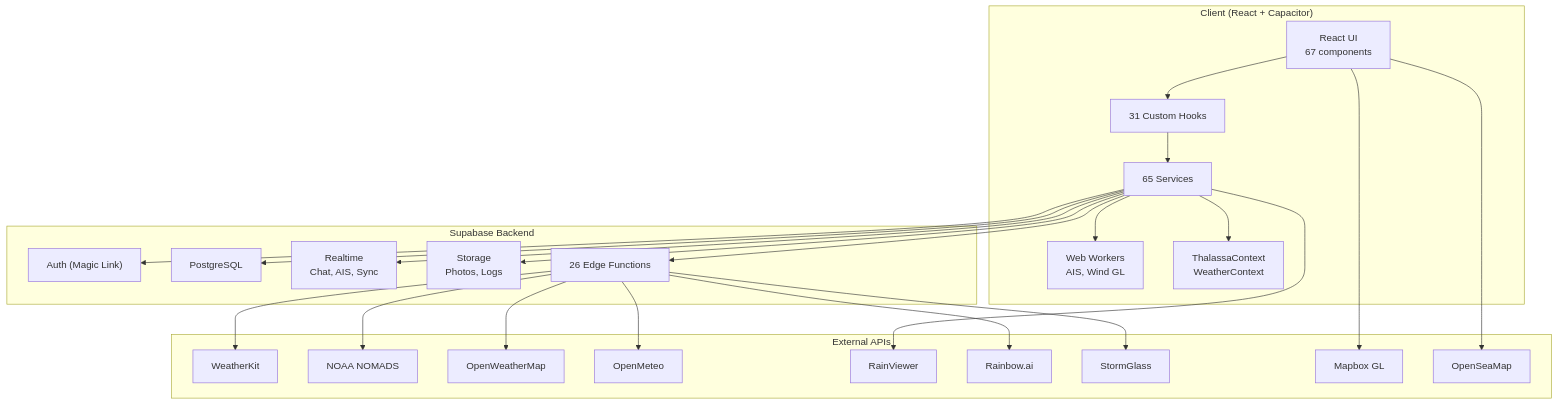
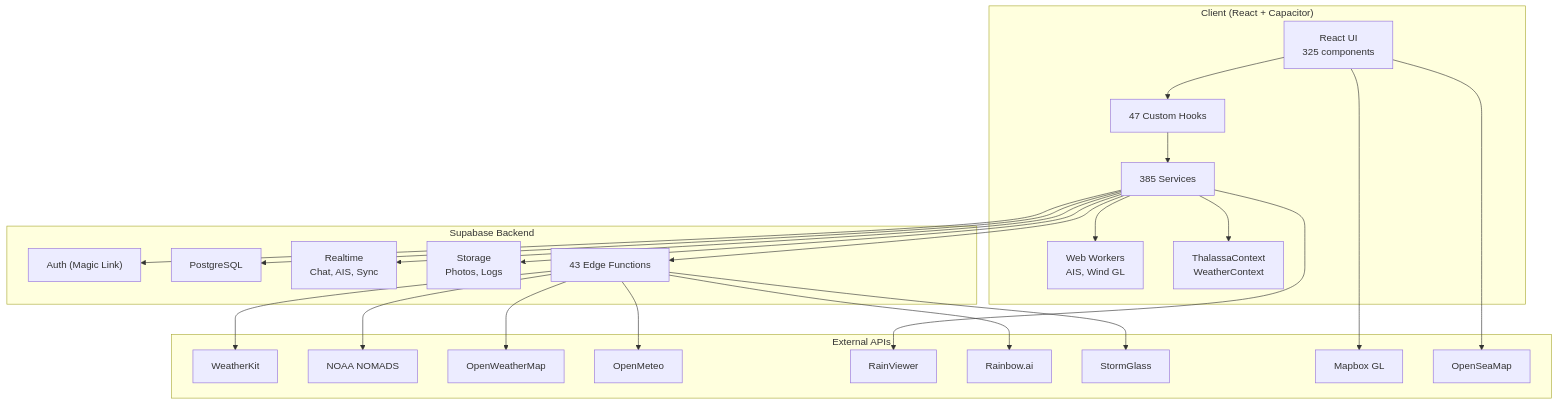
The first of 4 diagrams in ARCHITECTURE.md (shanestratton/thalassa-marine-weather), drawn with Mermaid before and after one commit. The commit also changed other lines of this file and 2 other files, not shown here.

First line of the commit message:
fix: ARCHITECTURE.md tells the truth again + header drift closed on Galley/VesselHub

````diff
--- a/ARCHITECTURE.md
+++ b/ARCHITECTURE.md
@@ -5,39 +5,39 @@
 ```mermaid
 graph TB
     subgraph Client["Client (React + Capacitor)"]
-        UI["React UI<br>67 components"]
-        Hooks["31 Custom Hooks"]
-        Services["65 Services"]
+        UI["React UI<br>325 components"]
+        Hooks["47 Custom Hooks"]
+        Services["385 Services"]
         Workers["Web Workers<br>AIS, Wind GL"]
         Context["ThalassaContext<br>WeatherContext"]
     end
 
     subgraph Supabase["Supabase Backend"]
         Auth["Auth (Magic Link)"]
         DB["PostgreSQL"]
         RT["Realtime<br>Chat, AIS, Sync"]
         Storage["Storage<br>Photos, Logs"]
-        Edge["26 Edge Functions"]
+        Edge["43 Edge Functions"]
     end
 
     subgraph External["External APIs"]
         WK["WeatherKit"]
         NOAA["NOAA NOMADS"]
         OWM["OpenWeatherMap"]
         OM["OpenMeteo"]
         RV["RainViewer"]
         RB["Rainbow.ai"]
         SG["StormGlass"]
         MB["Mapbox GL"]
         OSM["OpenSeaMap"]
     end
 
     UI --> Hooks --> Services
     Services --> Context
     Services --> Workers
     Services --> Edge
     Edge --> WK & NOAA & OWM & OM & SG & RB
     Services --> Auth & DB & RT & Storage
     UI --> MB & OSM
     Services --> RV
 ```
````
